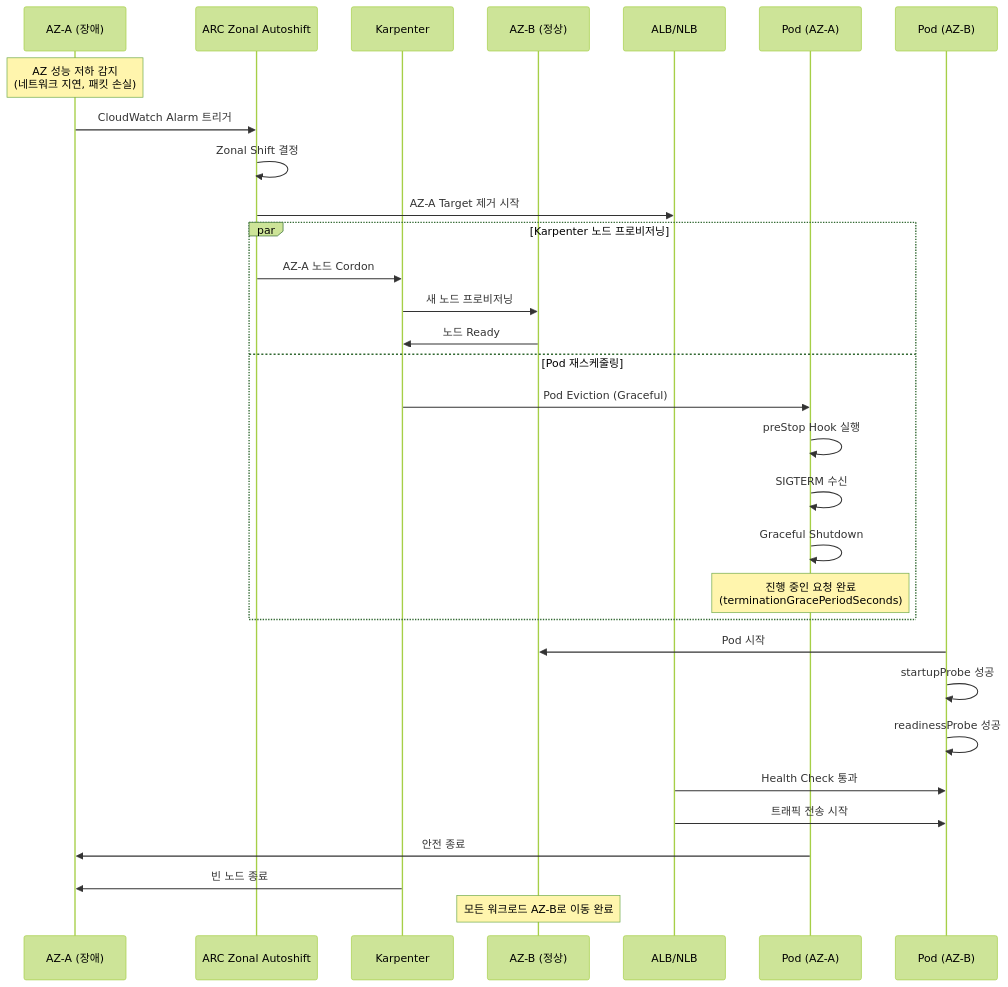
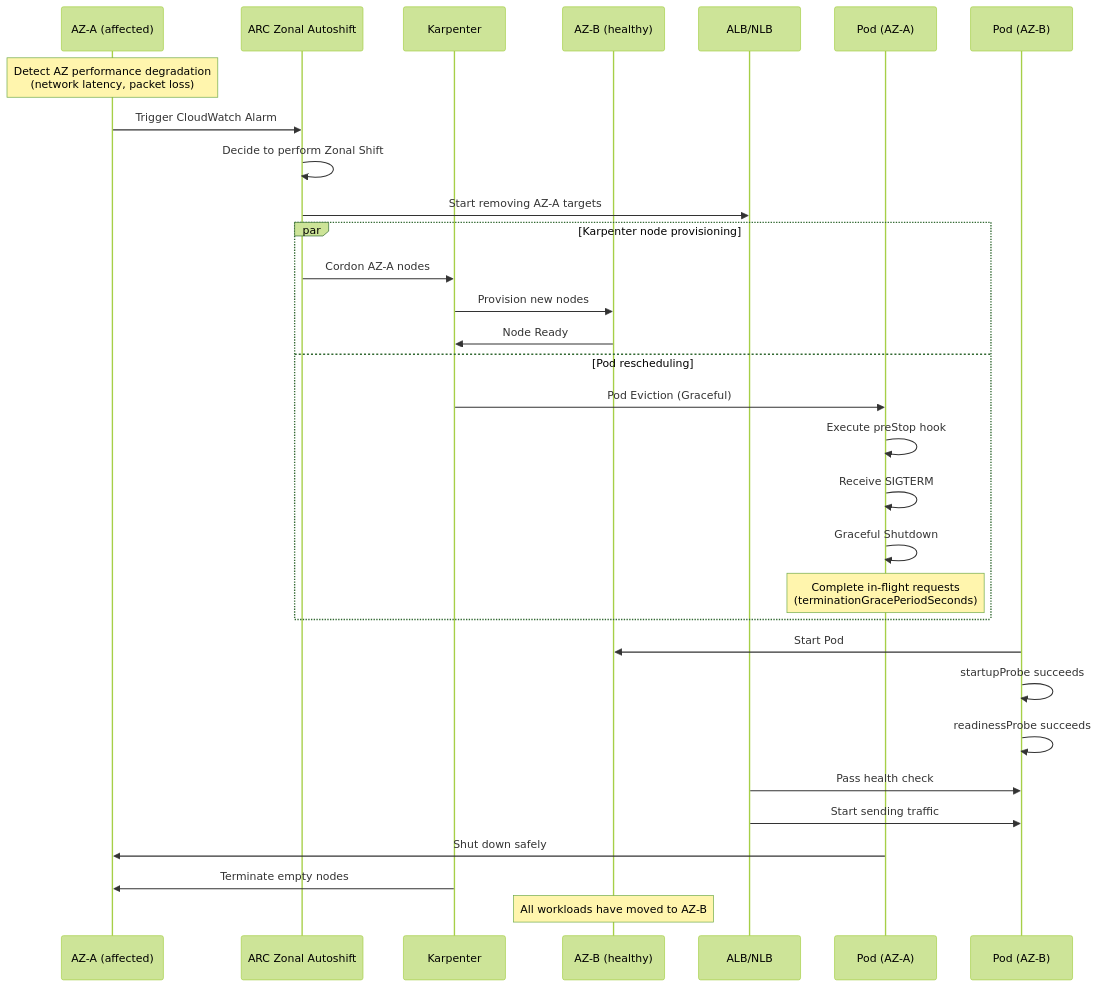
The second of 2 diagrams in docs/eks-best-practices/operations-reliability/pod-lifecycle/shutdown-karpenter.md (devfloor9/engineering-playbook), drawn with Mermaid (forest theme) before and after one commit. The commit also changed other lines of this file and 954 other files, not shown here.

````diff
--- a/docs/eks-best-practices/operations-reliability/pod-lifecycle/shutdown-karpenter.md
+++ b/docs/eks-best-practices/operations-reliability/pod-lifecycle/shutdown-karpenter.md
@@ -101,39 +101,39 @@
 ```mermaid
 sequenceDiagram
-    participant AZ_A as AZ-A (장애)
+    participant AZ_A as AZ-A (affected)
     participant ARC as ARC Zonal Autoshift
     participant Karpenter
-    participant AZ_B as AZ-B (정상)
+    participant AZ_B as AZ-B (healthy)
     participant LB as ALB/NLB
     participant Pod_Old as Pod (AZ-A)
     participant Pod_New as Pod (AZ-B)
 
-    Note over AZ_A: AZ 성능 저하 감지<br/>(네트워크 지연, 패킷 손실)
+    Note over AZ_A: Detect AZ performance degradation<br/>(network latency, packet loss)
 
-    AZ_A->>ARC: CloudWatch Alarm 트리거
-    ARC->>ARC: Zonal Shift 결정
-    ARC->>LB: AZ-A Target 제거 시작
+    AZ_A->>ARC: Trigger CloudWatch Alarm
+    ARC->>ARC: Decide to perform Zonal Shift
+    ARC->>LB: Start removing AZ-A targets
 
-    par Karpenter 노드 프로비저닝
-        ARC->>Karpenter: AZ-A 노드 Cordon
-        Karpenter->>AZ_B: 새 노드 프로비저닝
-        AZ_B->>Karpenter: 노드 Ready
-    and Pod 재스케줄링
+    par Karpenter node provisioning
+        ARC->>Karpenter: Cordon AZ-A nodes
+        Karpenter->>AZ_B: Provision new nodes
+        AZ_B->>Karpenter: Node Ready
+    and Pod rescheduling
         Karpenter->>Pod_Old: Pod Eviction (Graceful)
-        Pod_Old->>Pod_Old: preStop Hook 실행
-        Pod_Old->>Pod_Old: SIGTERM 수신
+        Pod_Old->>Pod_Old: Execute preStop hook
+        Pod_Old->>Pod_Old: Receive SIGTERM
         Pod_Old->>Pod_Old: Graceful Shutdown
-        Note over Pod_Old: 진행 중인 요청 완료<br/>(terminationGracePeriodSeconds)
+        Note over Pod_Old: Complete in-flight requests<br/>(terminationGracePeriodSeconds)
     end
 
-    Pod_New->>AZ_B: Pod 시작
-    Pod_New->>Pod_New: startupProbe 성공
-    Pod_New->>Pod_New: readinessProbe 성공
-    LB->>Pod_New: Health Check 통과
-    LB->>Pod_New: 트래픽 전송 시작
+    Pod_New->>AZ_B: Start Pod
+    Pod_New->>Pod_New: startupProbe succeeds
+    Pod_New->>Pod_New: readinessProbe succeeds
+    LB->>Pod_New: Pass health check
+    LB->>Pod_New: Start sending traffic
 
-    Pod_Old->>AZ_A: 안전 종료
-    Karpenter->>AZ_A: 빈 노드 종료
+    Pod_Old->>AZ_A: Shut down safely
+    Karpenter->>AZ_A: Terminate empty nodes
 
-    Note over AZ_B: 모든 워크로드 AZ-B로 이동 완료
+    Note over AZ_B: All workloads have moved to AZ-B
 ```
````
